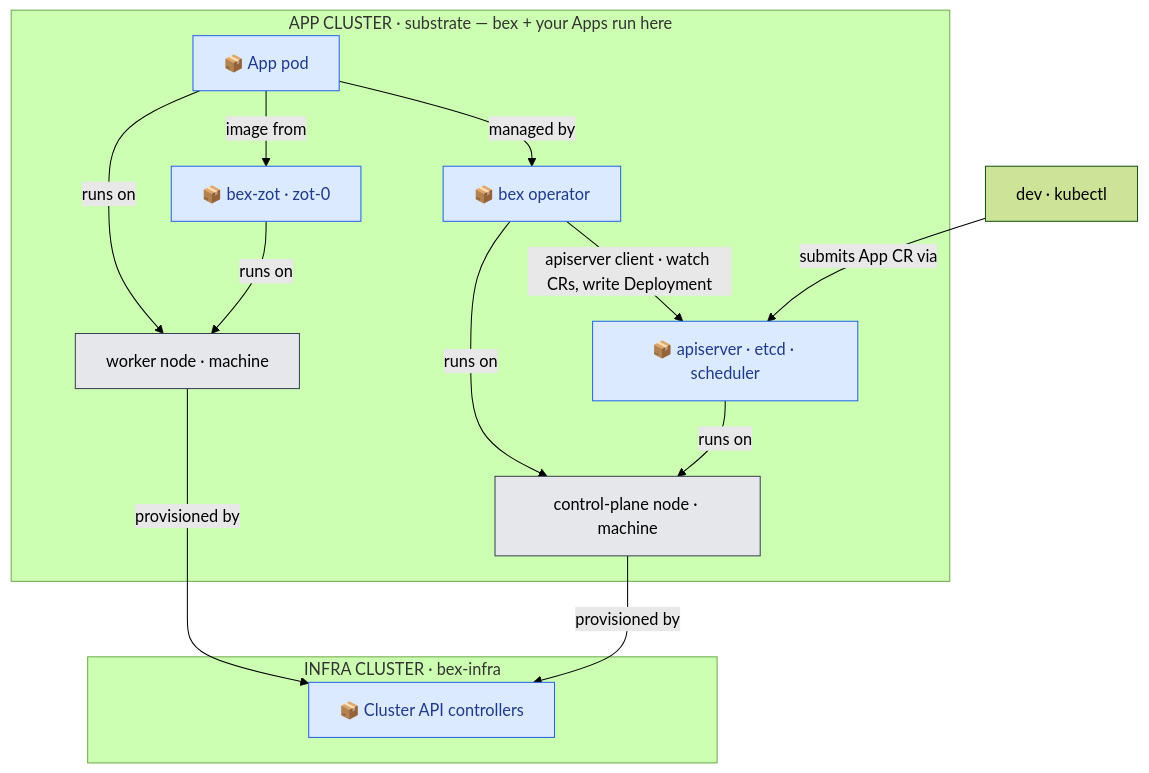
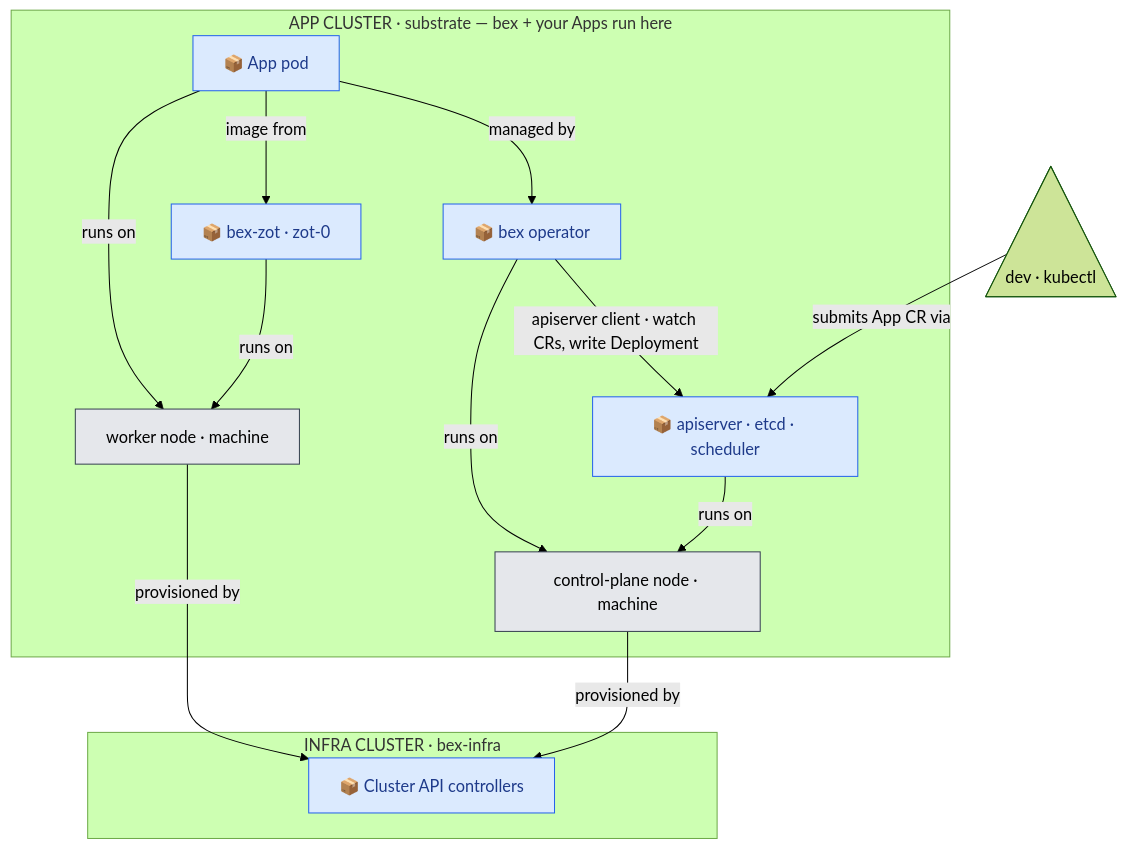
Before and after one commit to cuckoo-network/cuckoo: the first of 2 diagrams in docs/architecture.md, drawn with Mermaid (forest theme). The commit also changed other lines of this file and 3 other files, not shown here.

First line of the commit message:
docs(mermaid): draw humans as shape:tri triangles in architecture diagrams

````diff
--- a/docs/architecture.md
+++ b/docs/architecture.md
@@ -7,31 +7,31 @@
 ```mermaid
 %% arrow  A --> B  means  "A depends on B"  (points to what it needs)
 flowchart TB
-  dev["dev · kubectl"]
+  dev@{ shape: tri, label: "dev · kubectl" }
   subgraph app["APP CLUSTER · substrate — bex + your Apps run here"]
     api["📦 apiserver · etcd · scheduler"]
     op["📦 bex operator"]
     apppod["📦 App pod"]
     zot["📦 bex-zot · zot-0"]
     cpnode["control-plane node · machine"]
     wnode["worker node · machine"]
   end
   subgraph infra["INFRA CLUSTER · bex-infra"]
     capi["📦 Cluster API controllers"]
   end
   dev -->|"submits App CR via"| api
   op -->|"apiserver client · watch CRs, write Deployment"| api
   apppod -->|"managed by"| op
   apppod -->|"image from"| zot
   apppod -->|"runs on"| wnode
   zot -->|"runs on"| wnode
   api -->|"runs on"| cpnode
   op -->|"runs on"| cpnode
   wnode -->|"provisioned by"| capi
   cpnode -->|"provisioned by"| capi
 
   classDef pod fill:#dbeafe,stroke:#2563eb,color:#1e3a8a
   classDef machine fill:#e5e7eb,stroke:#374151
   class api,op,apppod,zot,capi pod
   class cpnode,wnode machine
 ```
````
